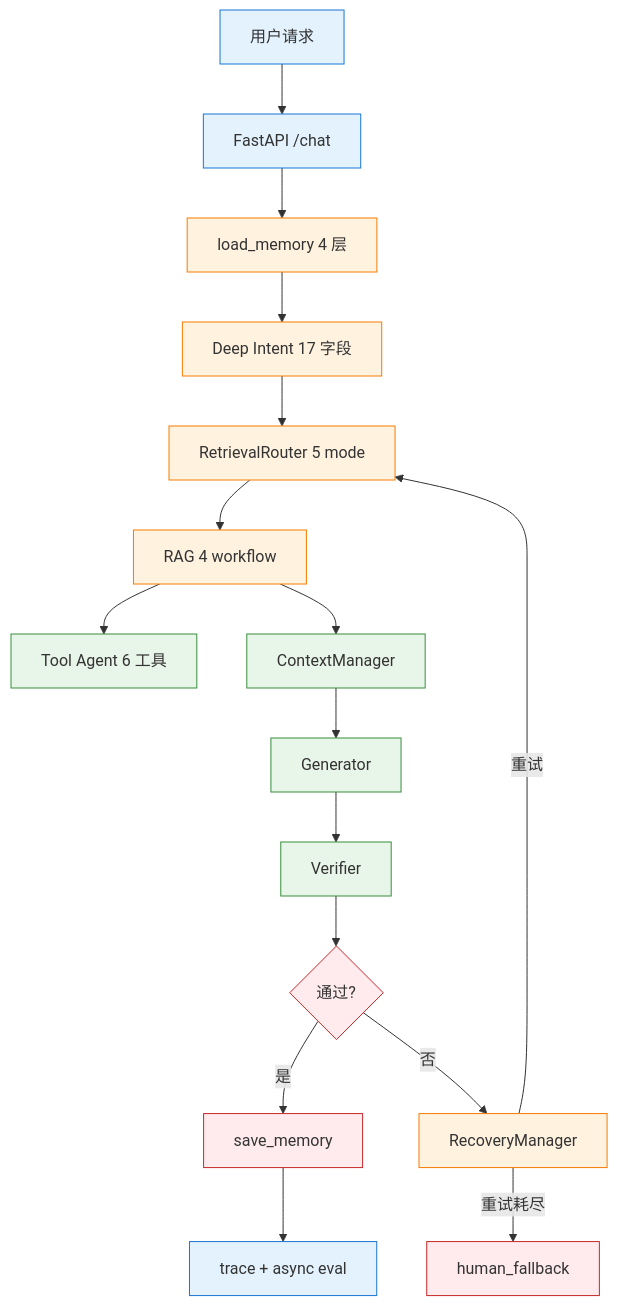
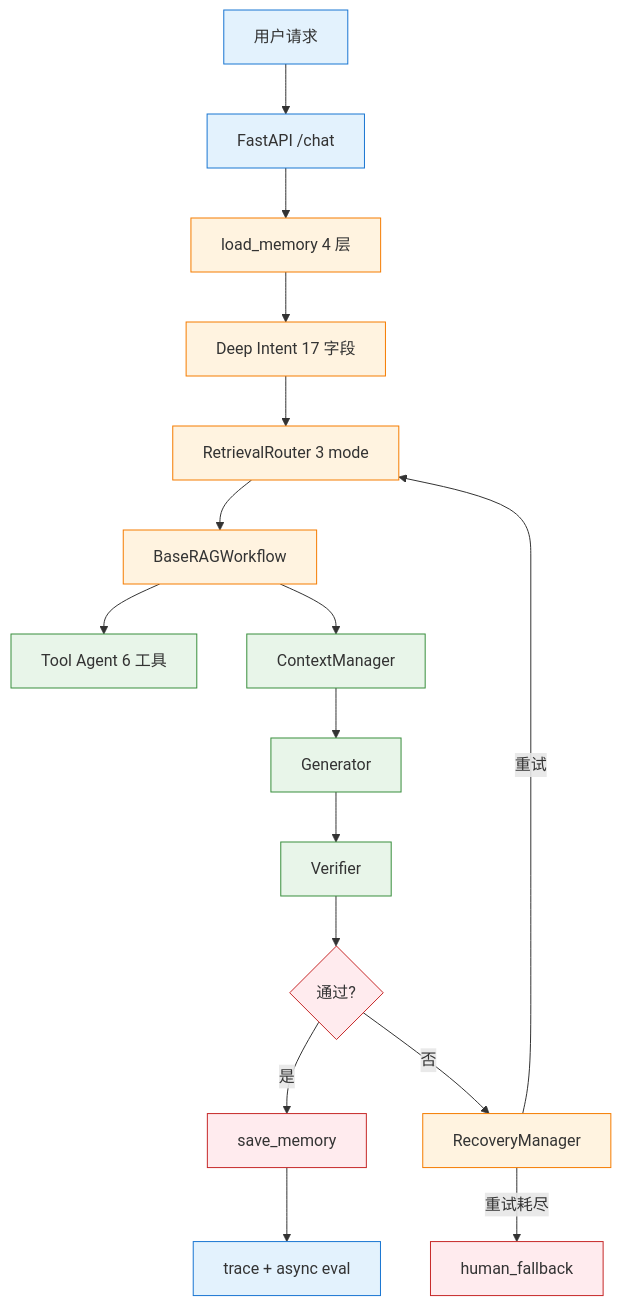
The third of 3 diagrams in technical_deep_dive/主题/10-项目场景.md (jackone666/enterprise_agentic_rag), drawn with Mermaid before and after one commit. The commit also changed other lines of this file and 13 other files, not shown here.

````diff
--- a/technical_deep_dive/主题/10-项目场景.md
+++ b/technical_deep_dive/主题/10-项目场景.md
@@ -121,27 +121,27 @@
 ```mermaid
 graph TB
     A[用户请求] --> B[FastAPI /chat]
     B --> C[load_memory 4 层]
     C --> D[Deep Intent 17 字段]
-    D --> E[RetrievalRouter 5 mode]
-    E --> F[RAG 4 workflow]
+    D --> E[RetrievalRouter 3 mode]
+    E --> F[BaseRAGWorkflow]
     F --> G[Tool Agent 6 工具]
     F --> H[ContextManager]
     H --> I[Generator]
     I --> J[Verifier]
     J --> K{通过?}
     K -->|是| L[save_memory]
     K -->|否| M[RecoveryManager]
     M -->|重试| E
     M -->|重试耗尽| N[human_fallback]
     L --> O[trace + async eval]
 
     classDef io fill:#E3F2FD,stroke:#1976D2
     classDef process fill:#FFF3E0,stroke:#F57C00
     classDef gen fill:#E8F5E9,stroke:#388E3C
     classDef fb fill:#FFEBEE,stroke:#C62828
     class A,B,O io
     class C,D,E,F,M process
     class G,H,I,J gen
     class K,L,N fb
 ```
````
